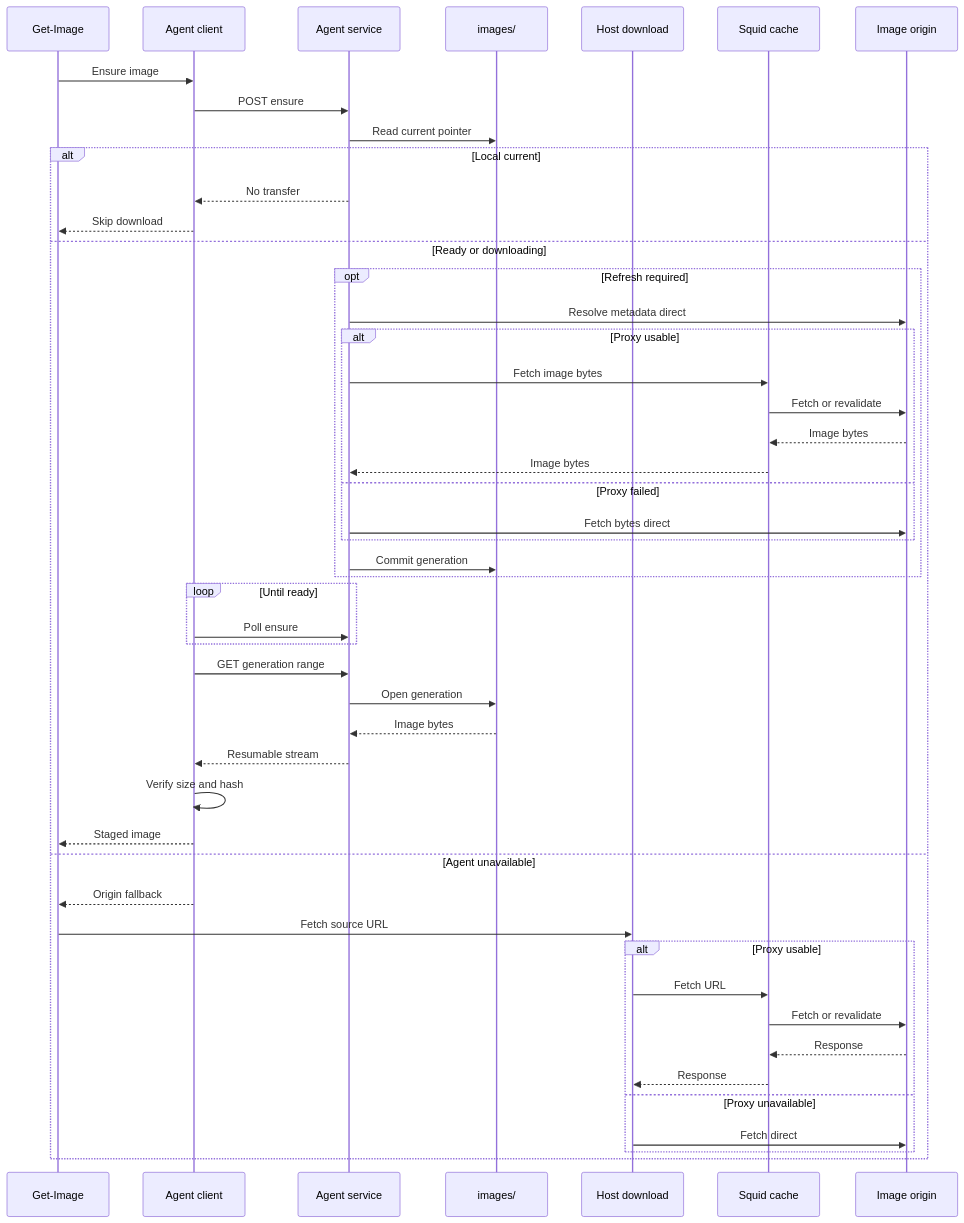
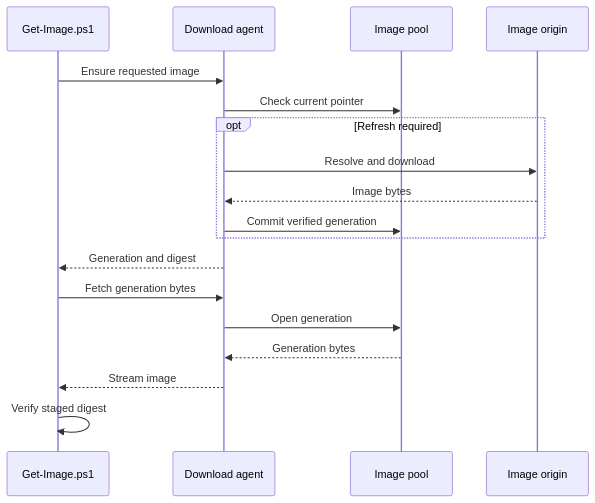
The fourth of 6 diagrams in docs/design/03-data-flows.md (alissonsol/yuruna), drawn with Mermaid before and after one commit. The commit also changed other lines of this file and 763 other files, not shown here.

````diff
--- a/docs/design/03-data-flows.md
+++ b/docs/design/03-data-flows.md
@@ -118,50 +142,20 @@
 ```mermaid
 sequenceDiagram
-    participant get-image as Get-Image
-    participant agent-client as Agent client
-    participant agent-service as Agent service
-    participant pool-images as images/
-    participant host-download as Host download
-    participant squid-cache as Squid cache
-    participant origin as Image origin
-    get-image->>agent-client: Ensure image
-    agent-client->>agent-service: POST ensure
-    agent-service->>pool-images: Read current pointer
-    alt Local current
-        agent-service-->>agent-client: No transfer
-        agent-client-->>get-image: Skip download
-    else Ready or downloading
-        opt Refresh required
-            agent-service->>origin: Resolve metadata direct
-            alt Proxy usable
-                agent-service->>squid-cache: Fetch image bytes
-                squid-cache->>origin: Fetch or revalidate
-                origin-->>squid-cache: Image bytes
-                squid-cache-->>agent-service: Image bytes
-            else Proxy failed
-                agent-service->>origin: Fetch bytes direct
-            end
-            agent-service->>pool-images: Commit generation
-        end
-        loop Until ready
-            agent-client->>agent-service: Poll ensure
-        end
-        agent-client->>agent-service: GET generation range
-        agent-service->>pool-images: Open generation
-        pool-images-->>agent-service: Image bytes
-        agent-service-->>agent-client: Resumable stream
-        agent-client->>agent-client: Verify size and hash
-        agent-client-->>get-image: Staged image
-    else Agent unavailable
-        agent-client-->>get-image: Origin fallback
-        get-image->>host-download: Fetch source URL
-        alt Proxy usable
-            host-download->>squid-cache: Fetch URL
-            squid-cache->>origin: Fetch or revalidate
-            origin-->>squid-cache: Response
-            squid-cache-->>host-download: Response
-        else Proxy unavailable
-            host-download->>origin: Fetch direct
-        end
+    participant get-image as Get-Image.ps1
+    participant download-agent-service as Download agent
+    participant images as Image pool
+    participant upstream as Image origin
+    get-image->>download-agent-service: Ensure requested image
+    download-agent-service->>images: Check current pointer
+    opt Refresh required
+        download-agent-service->>upstream: Resolve and download
+        upstream-->>download-agent-service: Image bytes
+        download-agent-service->>images: Commit verified generation
     end
+    download-agent-service-->>get-image: Generation and digest
+    get-image->>download-agent-service: Fetch generation bytes
+    download-agent-service->>images: Open generation
+    images-->>download-agent-service: Generation bytes
+    download-agent-service-->>get-image: Stream image
+    get-image->>get-image: Verify staged digest
 ```
````
